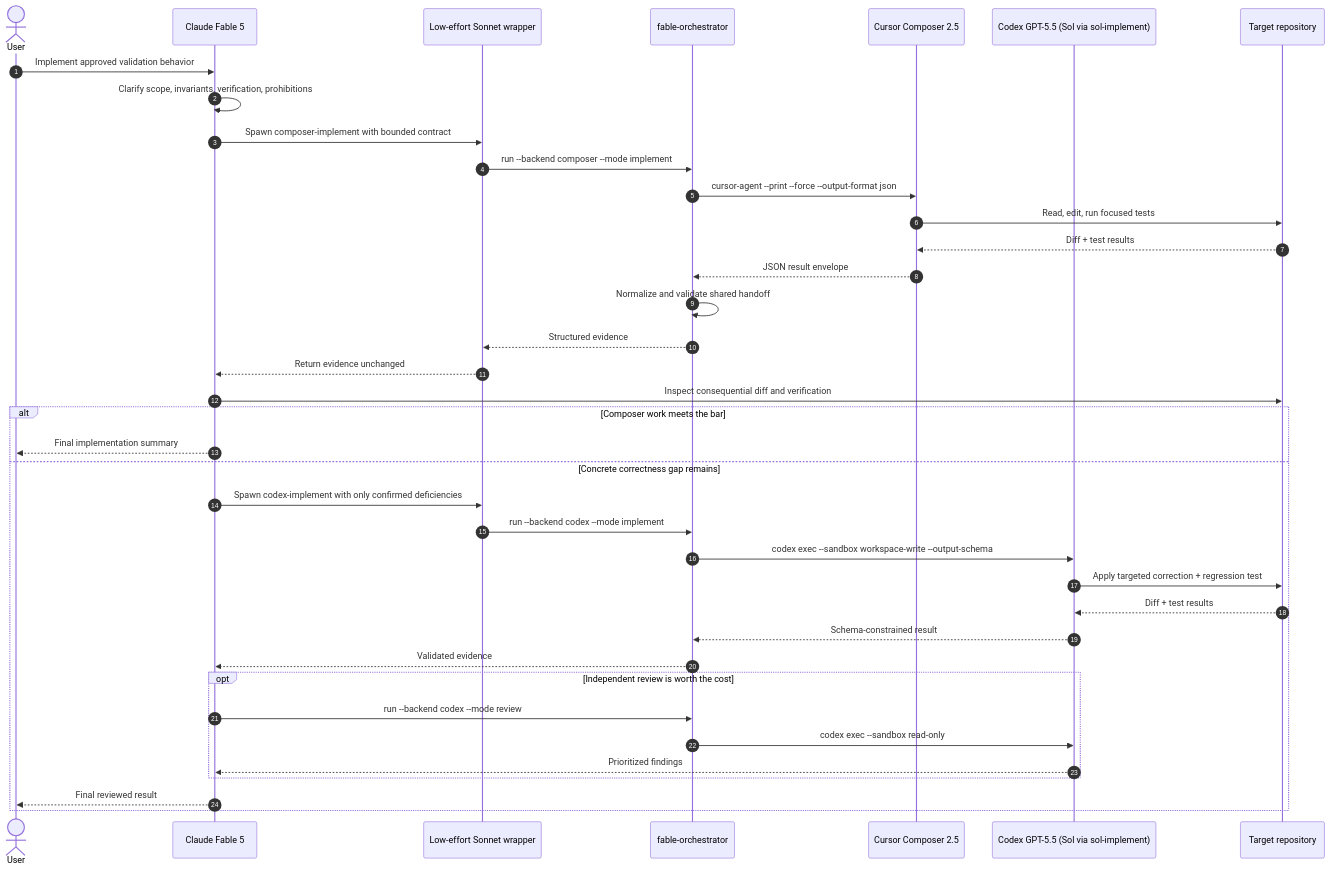
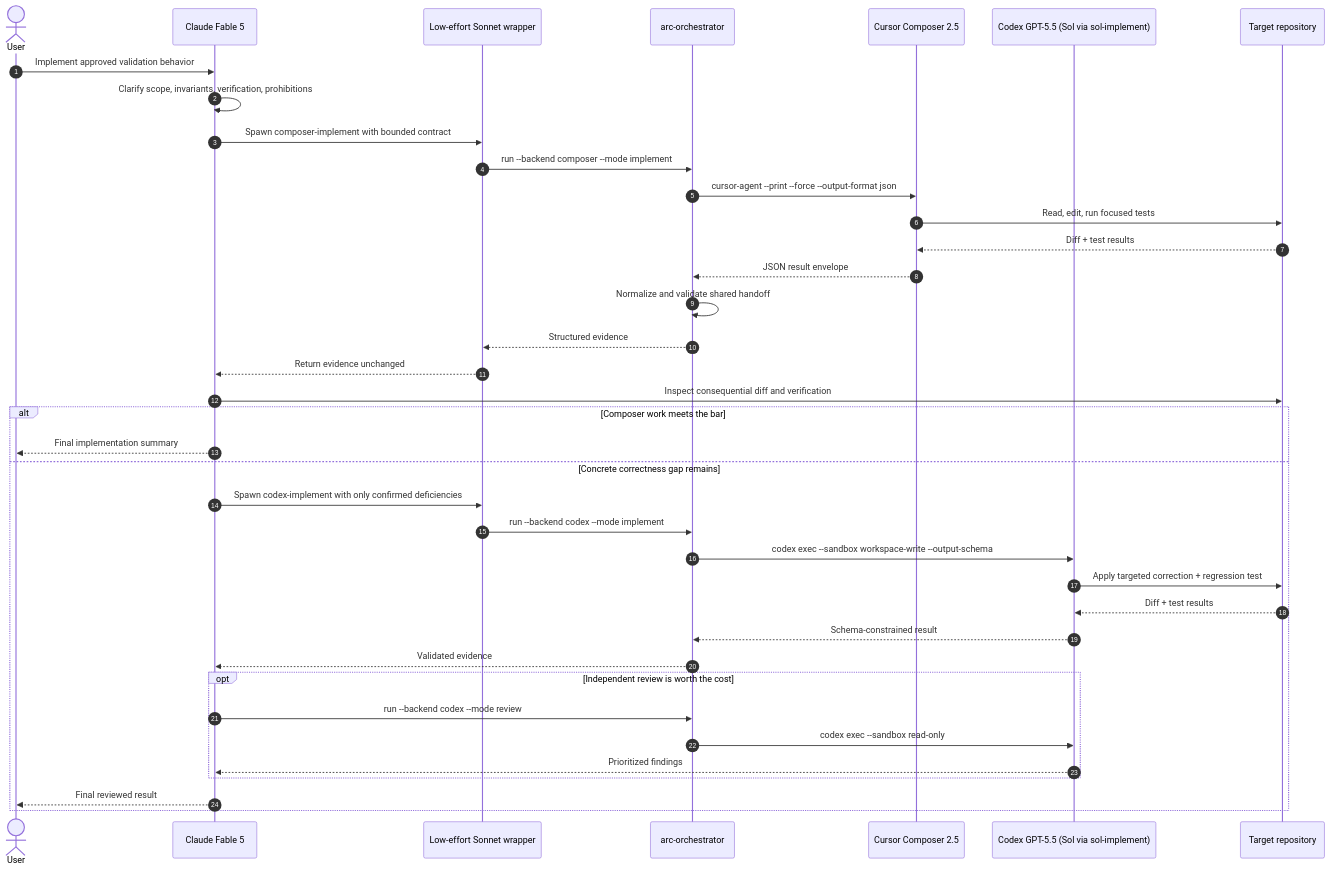
One commit to andysolomon/arc-orchestrator changed the fourth of 4 diagrams in docs/diagrams/mermaid.md. Above: the diagram before and after it, drawn with Mermaid. The commit also changed 154 other files, not shown here.

Commit message:
feat: rename CLI package and home dir to arc-orchestrator (#222)

````diff
--- a/docs/diagrams/mermaid.md
+++ b/docs/diagrams/mermaid.md
@@ -99,42 +99,42 @@
 ```mermaid
 sequenceDiagram
     autonumber
     actor User
     participant Fable as Claude Fable 5
     participant Wrapper as Low-effort Sonnet wrapper
-    participant Runner as fable-orchestrator
+    participant Runner as arc-orchestrator
     participant Composer as Cursor Composer 2.5
     participant Codex as Codex GPT-5.5 (Sol via sol-implement)
     participant Repo as Target repository
 
     User->>Fable: Implement approved validation behavior
     Fable->>Fable: Clarify scope, invariants, verification, prohibitions
     Fable->>Wrapper: Spawn composer-implement with bounded contract
     Wrapper->>Runner: run --backend composer --mode implement
     Runner->>Composer: cursor-agent --print --force --output-format json
     Composer->>Repo: Read, edit, run focused tests
     Repo-->>Composer: Diff + test results
     Composer-->>Runner: JSON result envelope
     Runner->>Runner: Normalize and validate shared handoff
     Runner-->>Wrapper: Structured evidence
     Wrapper-->>Fable: Return evidence unchanged
     Fable->>Repo: Inspect consequential diff and verification
 
     alt Composer work meets the bar
         Fable-->>User: Final implementation summary
     else Concrete correctness gap remains
         Fable->>Wrapper: Spawn codex-implement with only confirmed deficiencies
         Wrapper->>Runner: run --backend codex --mode implement
         Runner->>Codex: codex exec --sandbox workspace-write --output-schema
         Codex->>Repo: Apply targeted correction + regression test
         Repo-->>Codex: Diff + test results
         Codex-->>Runner: Schema-constrained result
         Runner-->>Fable: Validated evidence
         opt Independent review is worth the cost
             Fable->>Runner: run --backend codex --mode review
             Runner->>Codex: codex exec --sandbox read-only
             Codex-->>Fable: Prioritized findings
         end
         Fable-->>User: Final reviewed result
     end
 ```
````
